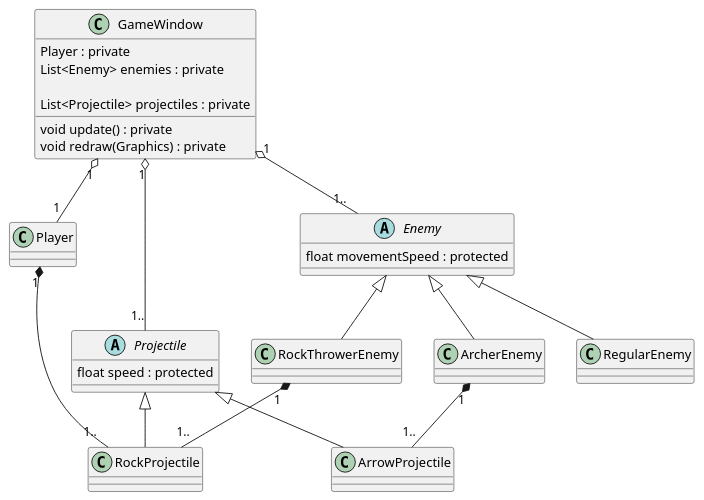
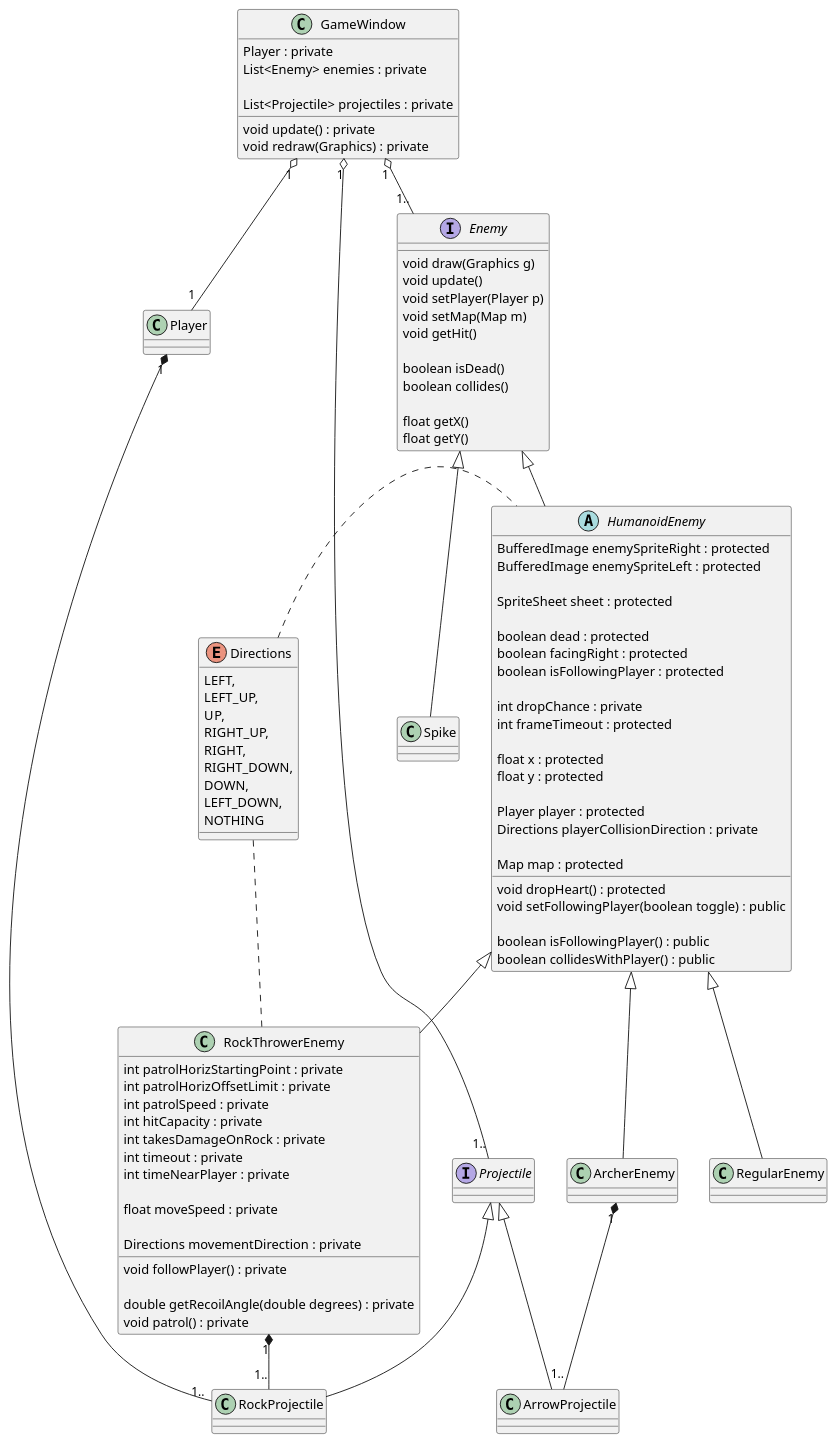
Before and after one commit to LoghinVladDev/gameEx: the diagram in exempluGrafica/src/main/resources/classDiagrams/classes.puml, drawn with PlantUML. The commit also changed 39 other files, not shown here.

```diff
--- a/exempluGrafica/src/main/resources/classDiagrams/classes.puml
+++ b/exempluGrafica/src/main/resources/classDiagrams/classes.puml
@@ -1,61 +1,136 @@
 @startuml
 
 class GameWindow{
     Player : private
     List<Enemy> enemies : private
 
     List<Projectile> projectiles : private
 
     void update() : private
     void redraw(Graphics) : private
 }
 
 class Player{
 
 }
 
 class RockProjectile{
 
 }
 
 class ArrowProjectile{
 
 }
 
-abstract class Projectile{
-    float speed : protected
+interface Projectile{
+
 }
 
-abstract class Enemy{
-    float movementSpeed : protected
+interface Enemy{
+    void draw(Graphics g)
+    void update()
+    void setPlayer(Player p)
+    void setMap(Map m)
+    void getHit()
+
+    boolean isDead()
+    boolean collides()
+
+    float getX()
+    float getY()
+}
+
+class Spike{
+
+}
+
+enum Directions{
+    LEFT,
+    LEFT_UP,
+    UP,
+    RIGHT_UP,
+    RIGHT,
+    RIGHT_DOWN,
+    DOWN,
+    LEFT_DOWN,
+    NOTHING
+}
+
+abstract class HumanoidEnemy{
+    BufferedImage enemySpriteRight : protected
+    BufferedImage enemySpriteLeft : protected
+
+    SpriteSheet sheet : protected
+
+    boolean dead : protected
+    boolean facingRight : protected
+    boolean isFollowingPlayer : protected
+
+    int dropChance : private
+    int frameTimeout : protected
+
+    float x : protected
+    float y : protected
+
+    Player player : protected
+    Directions playerCollisionDirection : private
+
+    Map map : protected
+
+    void dropHeart() : protected
+    void setFollowingPlayer(boolean toggle) : public
+
+    boolean isFollowingPlayer() : public
+    boolean collidesWithPlayer() : public
 }
 
 class RegularEnemy{
 
 }
 
 class ArcherEnemy{
 
 }
 
 class RockThrowerEnemy{
+    int patrolHorizStartingPoint : private
+    int patrolHorizOffsetLimit : private
+    int patrolSpeed : private
+    int hitCapacity : private
+    int takesDamageOnRock : private
+    int timeout : private
+    int timeNearPlayer : private
 
+    float moveSpeed : private
+
+    Directions movementDirection : private
+
+    void followPlayer() : private
+
+    double getRecoilAngle(double degrees) : private
+    void patrol() : private
 }
 
 Projectile ^-- ArrowProjectile
 Projectile ^-- RockProjectile
 
-Enemy ^-- RegularEnemy
-Enemy ^-- ArcherEnemy
-Enemy ^-- RockThrowerEnemy
+HumanoidEnemy ^-- RegularEnemy
+HumanoidEnemy ^-- ArcherEnemy
+HumanoidEnemy ^-- RockThrowerEnemy
+
+Enemy ^-- Spike
+Enemy ^-- HumanoidEnemy
 
 GameWindow "1" o-- "1" Player
 GameWindow "1" o-- "1.." Enemy
+
+Directions . RockThrowerEnemy
+Directions . HumanoidEnemy
 
 Player "1" *-- "1.." RockProjectile
 ArcherEnemy "1" *-- "1.." ArrowProjectile
 RockThrowerEnemy "1" *-- "1.." RockProjectile
 
 GameWindow "1" o-- "1.." Projectile
 
 @enduml
```
